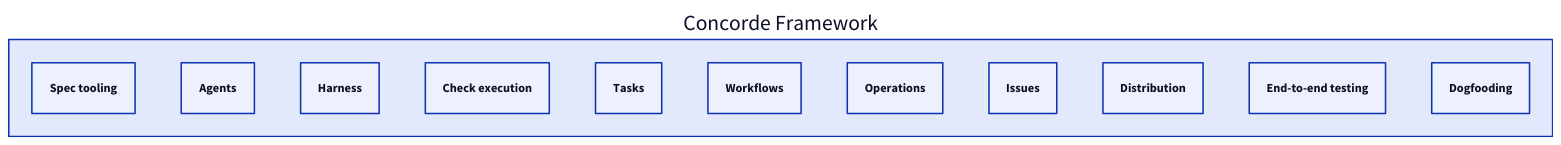
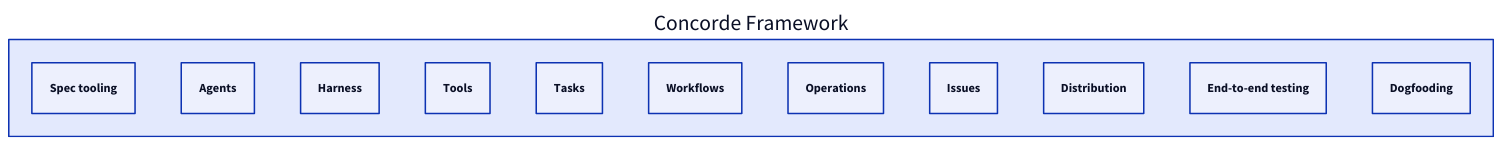
One commit to FTOD/concorde changed the third of 3 diagrams in specs/concorde/module.md. Above: the diagram before and after it, drawn with D2. The commit also changed other lines of this file and 15 other files, not shown here.

Commit message:
Define Tools and clarify workflow execution layers in Specs

````diff
--- a/specs/concorde/module.md
+++ b/specs/concorde/module.md
@@ -184,15 +213,15 @@
 ```d2
 root: Concorde Framework {
   spectooling: Spec tooling
   agents: Agents
   harness: Harness
-  checks: Check execution
+  tools: Tools
   tasks: Tasks
   workflows: Workflows
   operations: Operations
   issues: Issues
   distribution: Distribution
   e2e: End-to-end testing
   dogfooding: Dogfooding
 }
 ```
````
